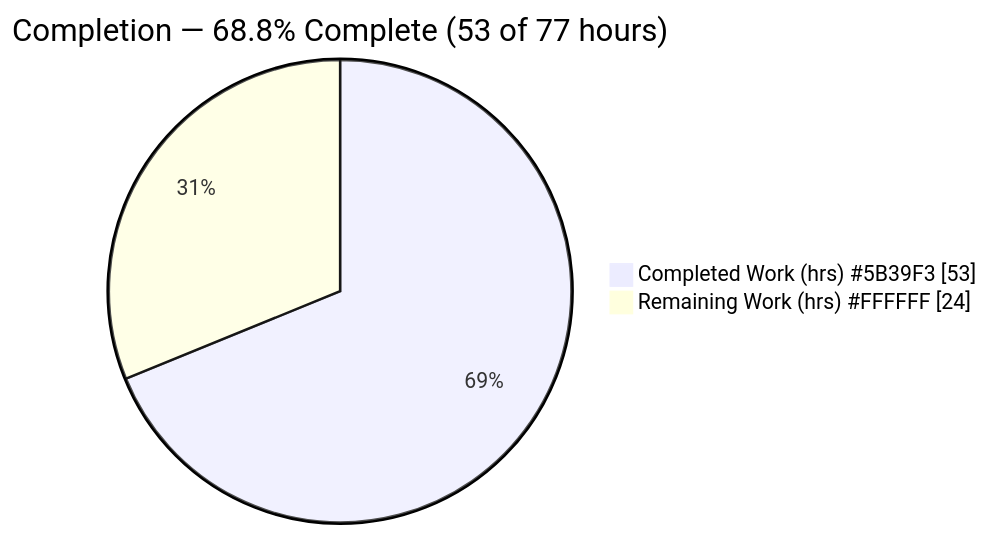
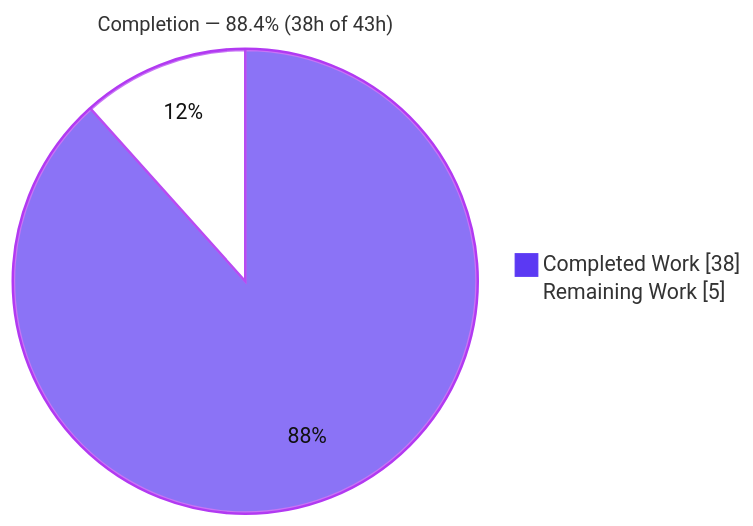
The first of 3 diagrams in blitzy/documentation/Project Guide.md (blitzy-public-samples/blitzy-kubernetes), drawn with Mermaid before and after one commit. The commit also changed other lines of this file, not shown here.

Commit message:
Adding Blitzy Project Guide: Project Status and Human Tasks Remaining

````diff
--- a/blitzy/documentation/Project Guide.md
+++ b/blitzy/documentation/Project Guide.md
@@ -15,5 +18,6 @@
 ```mermaid
-pie showData title Completion — 68.8% Complete (53 of 77 hours)
-    "Completed Work (hrs) #5B39F3" : 53
-    "Remaining Work (hrs) #FFFFFF" : 24
+%%{init: {'theme':'base', 'themeVariables': {'pie1':'#5B39F3','pie2':'#FFFFFF','pieStrokeColor':'#B23AF2','pieStrokeWidth':'2px','pieOuterStrokeColor':'#B23AF2','pieOuterStrokeWidth':'2px','pieTitleTextSize':'16px','pieSectionTextColor':'#111'}}}%%
+pie showData title Completion — 88.4% (38h of 43h)
+    "Completed Work" : 38
+    "Remaining Work" : 5
 ```
````
